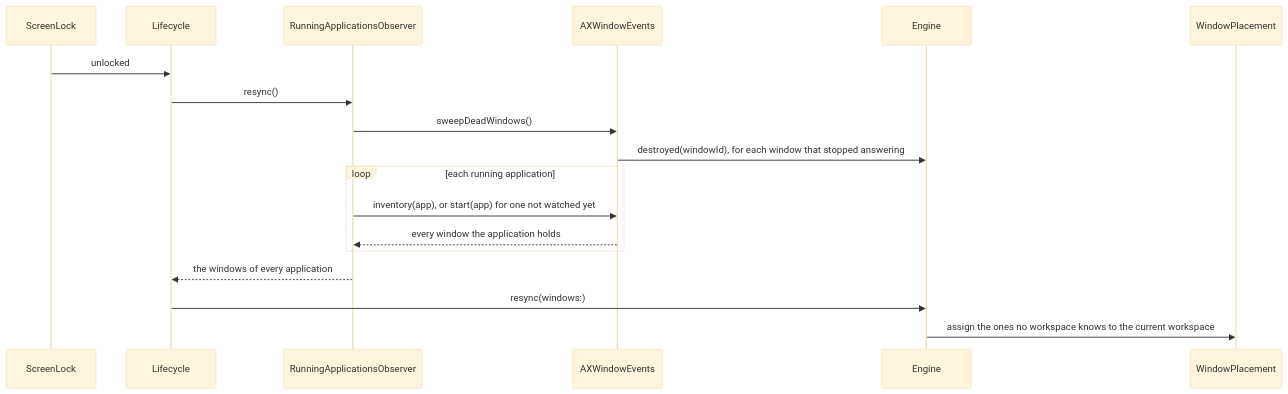
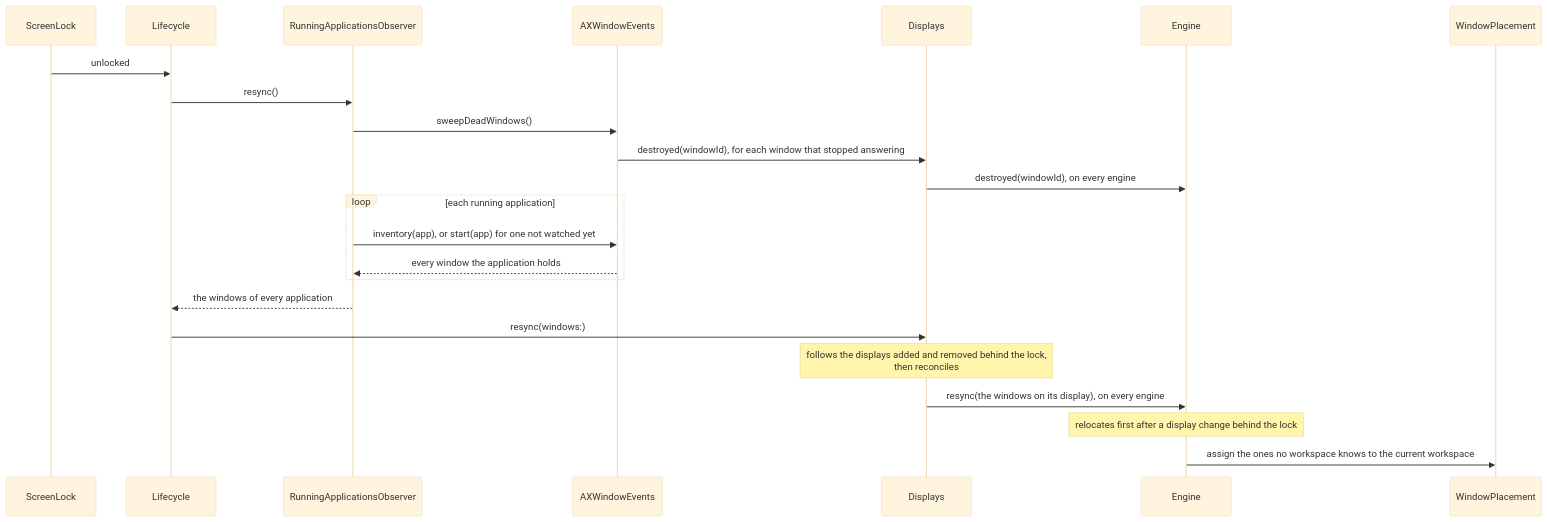
Before and after one commit to brennovich/ottowm: diagram 23 of 26 in ARCHITECTURE.md, drawn with Mermaid (base theme). The commit also changed other lines of this file and 1 other file, not shown here.

First line of the commit message:
Document one engine and one Pager per display

````diff
--- a/ARCHITECTURE.md
+++ b/ARCHITECTURE.md
@@ -456,14 +582,18 @@
 ```mermaid
 sequenceDiagram
     ScreenLock->>Lifecycle: unlocked
     Lifecycle->>RunningApplicationsObserver: resync()
     RunningApplicationsObserver->>AXWindowEvents: sweepDeadWindows()
-    AXWindowEvents->>Engine: destroyed(windowId), for each window that stopped answering
+    AXWindowEvents->>Displays: destroyed(windowId), for each window that stopped answering
+    Displays->>Engine: destroyed(windowId), on every engine
     loop each running application
         RunningApplicationsObserver->>AXWindowEvents: inventory(app), or start(app) for one not watched yet
         AXWindowEvents-->>RunningApplicationsObserver: every window the application holds
     end
     RunningApplicationsObserver-->>Lifecycle: the windows of every application
-    Lifecycle->>Engine: resync(windows:)
+    Lifecycle->>Displays: resync(windows:)
+    Note over Displays: follows the displays added and removed behind the lock,<br/>then reconciles
+    Displays->>Engine: resync(the windows on its display), on every engine
+    Note over Engine: relocates first after a display change behind the lock
     Engine->>WindowPlacement: assign the ones no workspace knows to the current workspace
 ```
````
